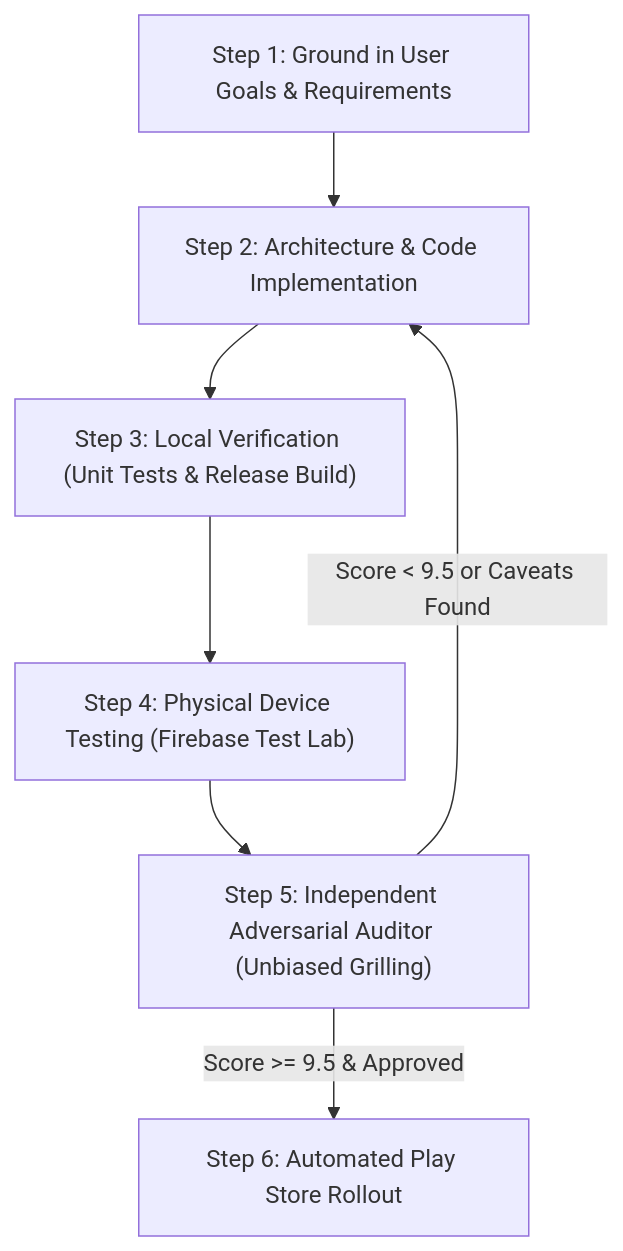
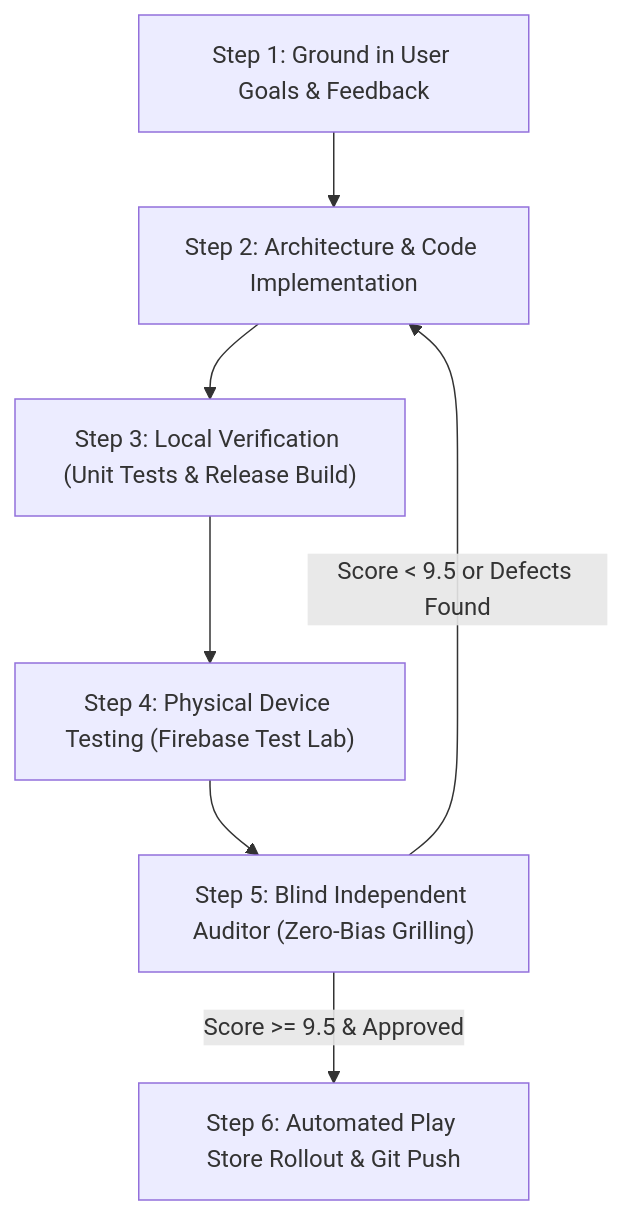
One commit to hoandesign/standby-android changed the diagram in WORKFLOW.md. Above: the diagram before and after it, drawn with Mermaid. The commit also changed other lines of this file and 1 other file, not shown here.

Commit message:
docs: update workflow guide with blind auditor mandate and dynamic layoutInfo reordering

````diff
--- a/WORKFLOW.md
+++ b/WORKFLOW.md
@@ -49,9 +57,9 @@
 ```mermaid
 flowchart TD
-    A["Step 1: Ground in User Goals & Requirements"] --> B["Step 2: Architecture & Code Implementation"]
+    A["Step 1: Ground in User Goals & Feedback"] --> B["Step 2: Architecture & Code Implementation"]
     B --> C["Step 3: Local Verification (Unit Tests & Release Build)"]
     C --> D["Step 4: Physical Device Testing (Firebase Test Lab)"]
-    D --> E["Step 5: Independent Adversarial Auditor (Unbiased Grilling)"]
-    E -->|Score < 9.5 or Caveats Found| B
-    E -->|Score >= 9.5 & Approved| F["Step 6: Automated Play Store Rollout"]
+    D --> E["Step 5: Blind Independent Auditor (Zero-Bias Grilling)"]
+    E -->|Score < 9.5 or Defects Found| B
+    E -->|Score >= 9.5 & Approved| F["Step 6: Automated Play Store Rollout & Git Push"]
 ```
````
